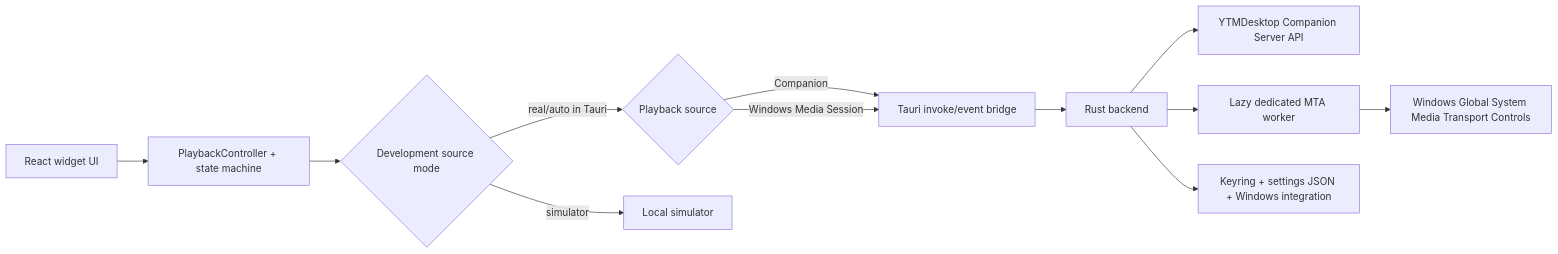
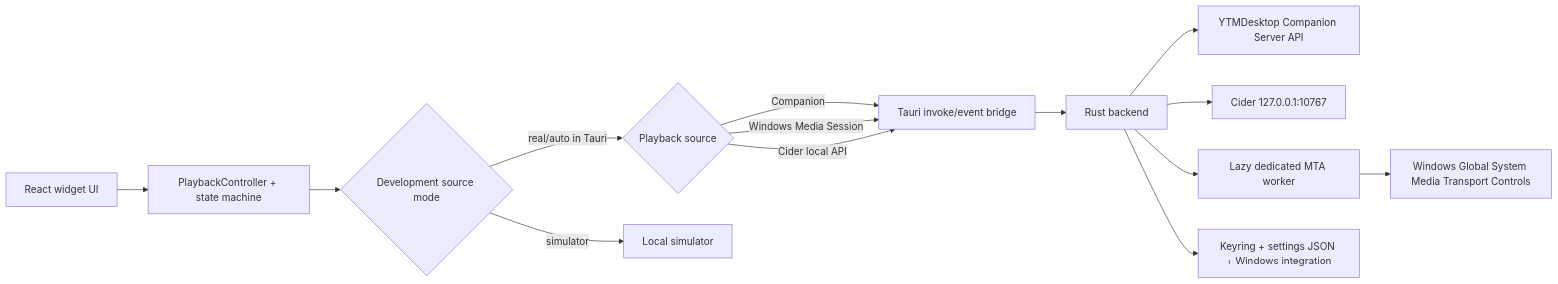
One commit to lgg/yt-desktop-widget changed the diagram in ARCHITECTURE.md. Above: the diagram before and after it, drawn with Mermaid. The commit also changed other lines of this file and 22 other files, not shown here.

````diff
--- a/ARCHITECTURE.md
+++ b/ARCHITECTURE.md
@@ -90,14 +91,16 @@
 ```mermaid
 flowchart LR
   UI["React widget UI"] --> Domain["PlaybackController + state machine"]
   Domain --> Gateway{"Development source mode"}
   Gateway -->|real/auto in Tauri| Product{"Playback source"}
   Gateway -->|simulator| Sim["Local simulator"]
   Product -->|Companion| Bridge["Tauri invoke/event bridge"]
   Product -->|Windows Media Session| Bridge
+  Product -->|Cider local API| Bridge
   Bridge --> Rust["Rust backend"]
   Rust --> Companion["YTMDesktop Companion Server API"]
+  Rust --> Cider["Cider 127.0.0.1:10767"]
   Rust --> WMSWorker["Lazy dedicated MTA worker"]
   WMSWorker --> WMS["Windows Global System Media Transport Controls"]
   Rust --> Storage["Keyring + settings JSON + Windows integration"]
 ```
````
